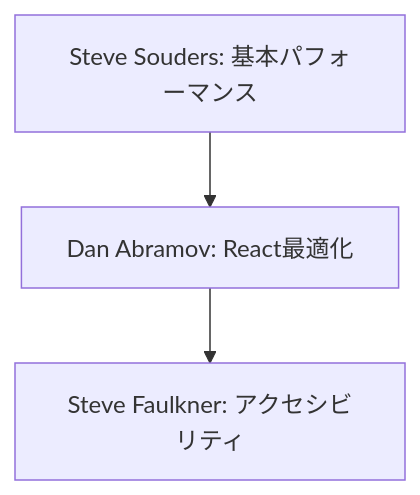
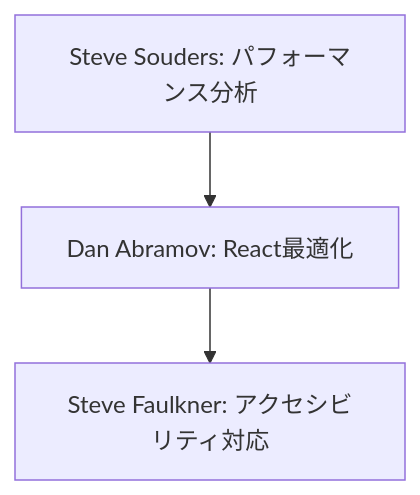
Before and after one commit to amano--/any: the first of 2 diagrams in we-edit/docs/setup/cline/user-readme/role/phase/analysis-improvement/experts-list-02.md, drawn with Mermaid. The commit also changed other lines of this file and 3 other files, not shown here.

````diff
--- a/we-edit/docs/setup/cline/user-readme/role/phase/analysis-improvement/experts-list-02.md
+++ b/we-edit/docs/setup/cline/user-readme/role/phase/analysis-improvement/experts-list-02.md
@@ -138,5 +191,5 @@
 ```mermaid
 graph TD
-    A[Steve Souders: 基本パフォーマンス] --> B[Dan Abramov: React最適化]
-    B --> C[Steve Faulkner: アクセシビリティ]
+    A[Steve Souders: パフォーマンス分析] --> B[Dan Abramov: React最適化]
+    B --> C[Steve Faulkner: アクセシビリティ対応]
 ```
````
